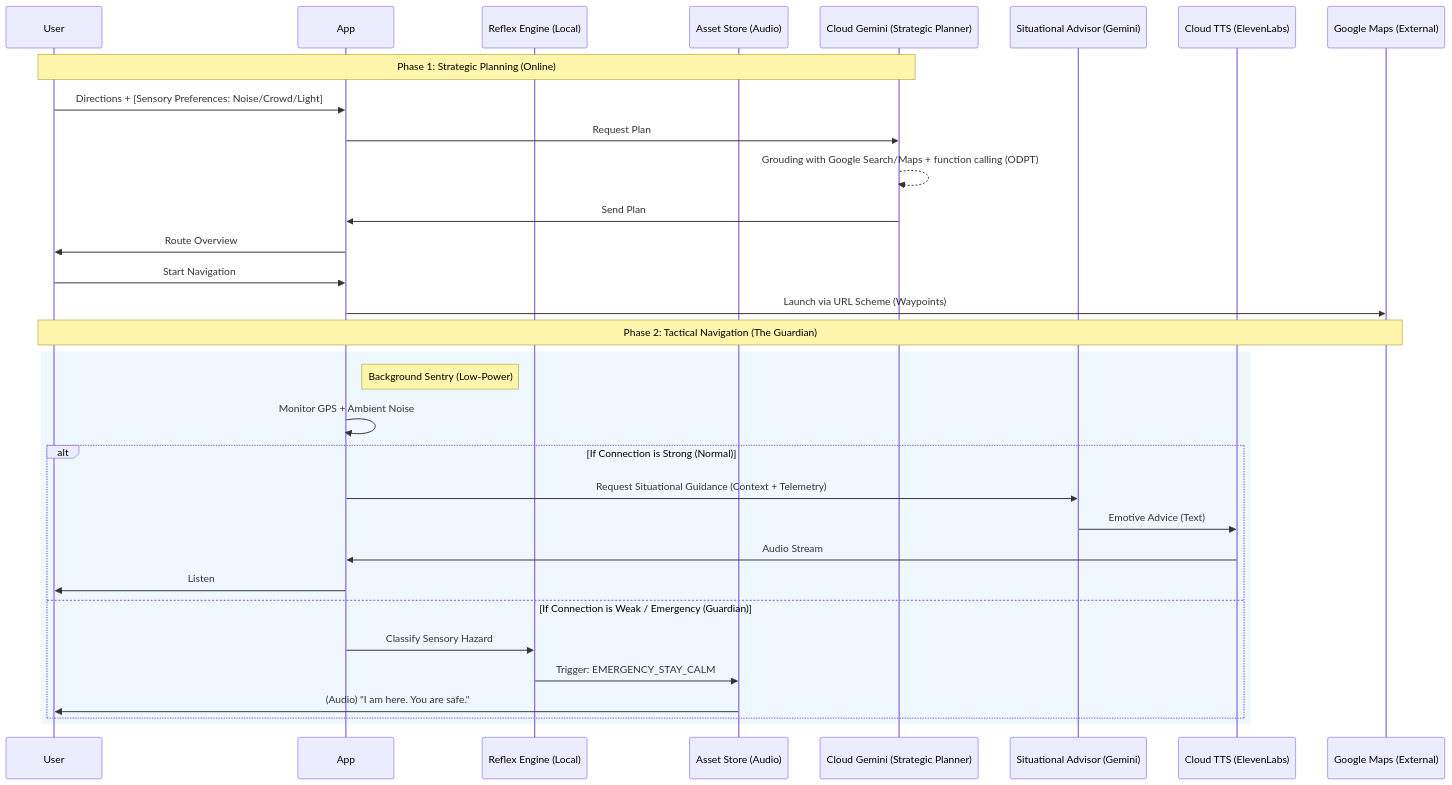
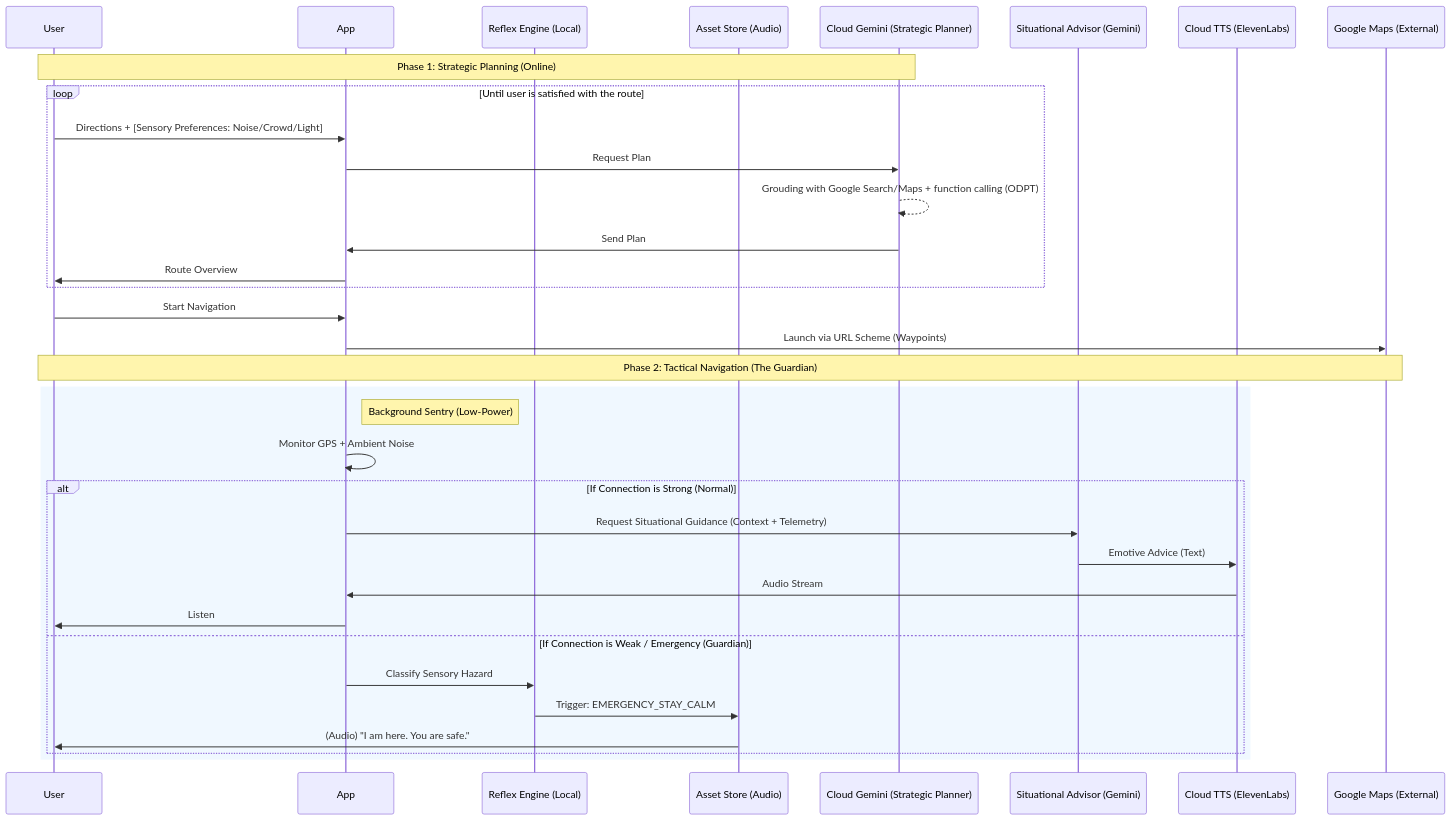
One commit to keiseiisobe/pocket-secure-base changed the second of 2 diagrams in docs/ARCHITECTURE.md. Above: the diagram before and after it, drawn with Mermaid.

Commit message:
modified flow diagram

````diff
--- a/docs/ARCHITECTURE.md
+++ b/docs/ARCHITECTURE.md
@@ -52,38 +52,41 @@
 ```mermaid
 sequenceDiagram
     participant User
     participant App
     participant LocalAI as Reflex Engine (Local)
     participant Assets as Asset Store (Audio)
     participant CloudAI as Cloud Gemini (Strategic Planner)
     participant Advisor as Situational Advisor (Gemini)
     participant CloudTTS as Cloud TTS (ElevenLabs)
     participant NativeMaps as Google Maps (External)
 
     Note over User, CloudAI: Phase 1: Strategic Planning (Online)
-    User->>App: Directions + [Sensory Preferences: Noise/Crowd/Light]
-    App->>CloudAI: Request Plan
-    CloudAI-->>CloudAI: Grouding with Google Search/Maps + function calling (ODPT)
-    CloudAI->>App: Send Plan
-    App->>User: Route Overview
+    loop Until user is satisfied with the route
+        User->>App: Directions + [Sensory Preferences: Noise/Crowd/Light]
+        App->>CloudAI: Request Plan
+        CloudAI-->>CloudAI: Grouding with Google Search/Maps + function calling (ODPT)
+        CloudAI->>App: Send Plan
+        App->>User: Route Overview
+    end
+    
 	User->>App: Start Navigation
     App->>NativeMaps: Launch via URL Scheme (Waypoints)
 
     Note over User, NativeMaps: Phase 2: Tactical Navigation (The Guardian)
     
     rect rgb(240, 248, 255)
         Note right of App: Background Sentry (Low-Power)
         App->>App: Monitor GPS + Ambient Noise
         
         alt If Connection is Strong (Normal)
             App->>Advisor: Request Situational Guidance (Context + Telemetry)
             Advisor->>CloudTTS: Emotive Advice (Text)
             CloudTTS->>App: Audio Stream
             App->>User: Listen
         else If Connection is Weak / Emergency (Guardian)
             App->>LocalAI: Classify Sensory Hazard
             LocalAI->>Assets: Trigger: EMERGENCY_STAY_CALM
             Assets->>User: (Audio) "I am here. You are safe."
         end
     end
 ```
````
